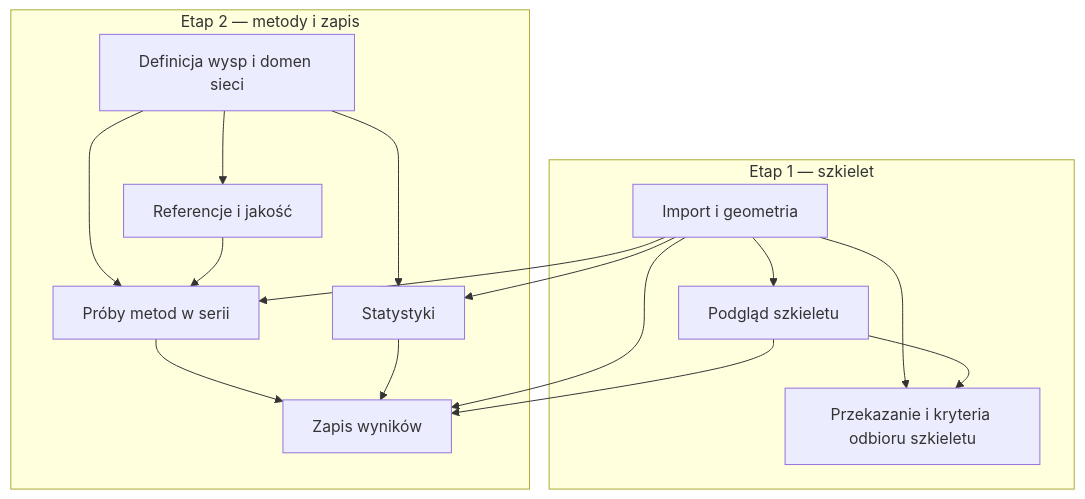
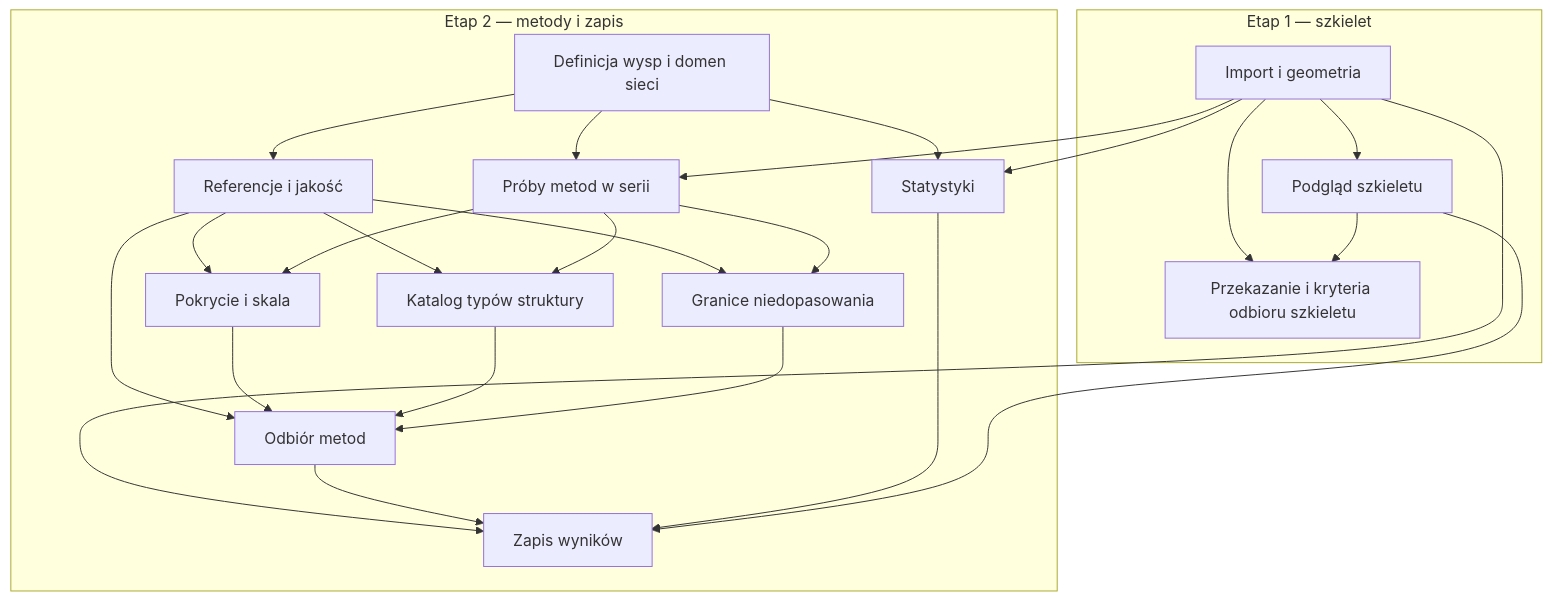
Before and after one commit to RafLew84/NEtCAT_NaParA: the diagram in docs/stmdomains/issues/README.md, drawn with Mermaid. The commit also changed other lines of this file and 11 other files, not shown here.

````diff
--- a/docs/stmdomains/issues/README.md
+++ b/docs/stmdomains/issues/README.md
@@ -81,28 +90,41 @@
 ```mermaid
 flowchart TD
     subgraph phase1["Etap 1 — szkielet"]
         a["Import i geometria"]
         g["Podgląd szkieletu"]
         i["Przekazanie i kryteria odbioru szkieletu"]
     end
     subgraph phase2["Etap 2 — metody i zapis"]
         b["Definicja wysp i domen sieci"]
         d["Referencje i jakość"]
         e["Próby metod w serii"]
         f["Statystyki"]
         h["Zapis wyników"]
+        j["Pokrycie i skala"]
+        k["Katalog typów struktury"]
+        l["Granice niedopasowania"]
+        m["Odbiór metod"]
     end
     a --> g
     a --> i
     g --> i
     b --> d
     a --> e
     b --> e
-    d --> e
+    d --> j
+    d --> k
+    d --> l
+    e --> j
+    e --> k
+    e --> l
+    d --> m
+    j --> m
+    k --> m
+    l --> m
     a --> f
     b --> f
     a --> h
-    e --> h
+    m --> h
     f --> h
     g --> h
 ```
````
